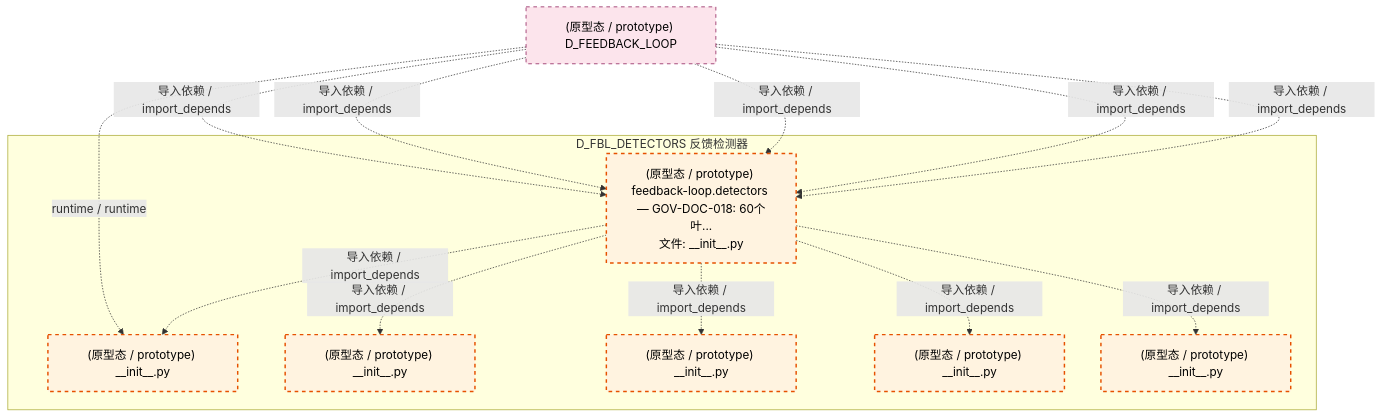
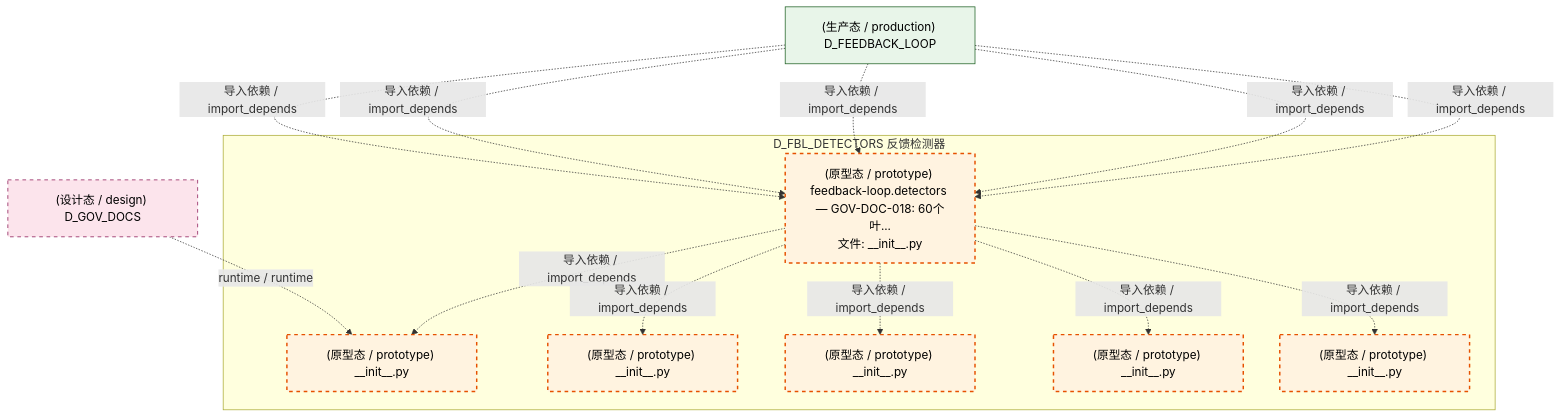
The fifth of 6 diagrams in docs/02_enterprise_architecture/02_domain_architecture_docs/11_d_fbl_detectors.md (xuanFelixVan/ZephyrAlpha), drawn with Mermaid before and after one commit. The commit also changed other lines of this file and 100 other files, not shown here.

````diff
--- a/docs/02_enterprise_architecture/02_domain_architecture_docs/11_d_fbl_detectors.md
+++ b/docs/02_enterprise_architecture/02_domain_architecture_docs/11_d_fbl_detectors.md
@@ -337,29 +339,31 @@
 ```mermaid
 graph TD
     subgraph D_FBL_DETECTORS["D_FBL_DETECTORS 反馈检测器"]
         src_zephyr_feedback_loop_detectors_init_py["(原型态 / prototype) feedback-loop.detectors — GOV-DOC-018: 60个叶...<br/>文件: __init__.py"]
         src_zephyr_feedback_loop_detectors_anomaly_init_py["(原型态 / prototype) __init__.py"]
         src_zephyr_feedback_loop_detectors_correlation_init_py["(原型态 / prototype) __init__.py"]
         src_zephyr_feedback_loop_detectors_drift_init_py["(原型态 / prototype) __init__.py"]
         src_zephyr_feedback_loop_detectors_guard_init_py["(原型态 / prototype) __init__.py"]
         src_zephyr_feedback_loop_detectors_reliability_init_py["(原型态 / prototype) __init__.py"]
     end
     src_zephyr_feedback_loop_detectors_init_py -.->|导入依赖 / import_depends| src_zephyr_feedback_loop_detectors_anomaly_init_py
     src_zephyr_feedback_loop_detectors_init_py -.->|导入依赖 / import_depends| src_zephyr_feedback_loop_detectors_correlation_init_py
     src_zephyr_feedback_loop_detectors_init_py -.->|导入依赖 / import_depends| src_zephyr_feedback_loop_detectors_drift_init_py
     src_zephyr_feedback_loop_detectors_init_py -.->|导入依赖 / import_depends| src_zephyr_feedback_loop_detectors_guard_init_py
     src_zephyr_feedback_loop_detectors_init_py -.->|导入依赖 / import_depends| src_zephyr_feedback_loop_detectors_reliability_init_py
-    D_FEEDBACK_LOOP["(原型态 / prototype) D_FEEDBACK_LOOP"]
-    D_FEEDBACK_LOOP -.->|runtime / runtime| src_zephyr_feedback_loop_detectors_anomaly_init_py
+    D_GOV_DOCS["(设计态 / design) D_GOV_DOCS"]
+    D_GOV_DOCS -.->|runtime / runtime| src_zephyr_feedback_loop_detectors_anomaly_init_py
+    D_FEEDBACK_LOOP["(生产态 / production) D_FEEDBACK_LOOP"]
     D_FEEDBACK_LOOP -.->|导入依赖 / import_depends| src_zephyr_feedback_loop_detectors_init_py
     D_FEEDBACK_LOOP -.->|导入依赖 / import_depends| src_zephyr_feedback_loop_detectors_init_py
     D_FEEDBACK_LOOP -.->|导入依赖 / import_depends| src_zephyr_feedback_loop_detectors_init_py
     D_FEEDBACK_LOOP -.->|导入依赖 / import_depends| src_zephyr_feedback_loop_detectors_init_py
     D_FEEDBACK_LOOP -.->|导入依赖 / import_depends| src_zephyr_feedback_loop_detectors_init_py
     classDef production fill:#e1f5fe,stroke:#01579b,stroke-width:2px,color:#000
     classDef design fill:#fff3e0,stroke:#e65100,stroke-width:2px,color:#000,stroke-dasharray: 5 5
     classDef external_prod fill:#e8f5e9,stroke:#1b5e20,stroke-width:1px,color:#000
     classDef external_design fill:#fce4ec,stroke:#880e4f,stroke-width:1px,color:#000,stroke-dasharray: 5 5
     class src_zephyr_feedback_loop_detectors_init_py,src_zephyr_feedback_loop_detectors_anomaly_init_py,src_zephyr_feedback_loop_detectors_correlation_init_py,src_zephyr_feedback_loop_detectors_drift_init_py,src_zephyr_feedback_loop_detectors_guard_init_py,src_zephyr_feedback_loop_detectors_reliability_init_py design
-    class D_FEEDBACK_LOOP external_design
+    class D_FEEDBACK_LOOP external_prod
+    class D_GOV_DOCS external_design
 ```
````
